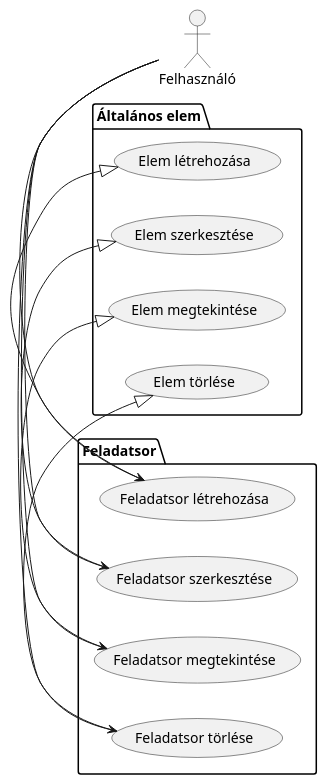
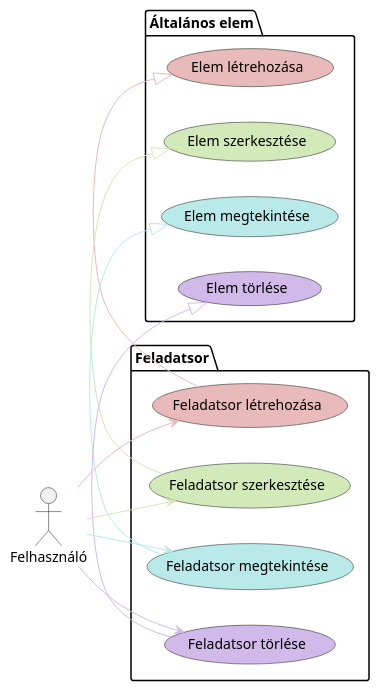
Before and after one commit to LaciProg/Szakdolgozat: the diagram in DiplomatervSablon_LaTeX_v1/figures/plantuml/usecase/exam.puml, drawn with PlantUML. The commit also changed 32 other files, not shown here.

```diff
--- a/DiplomatervSablon_LaTeX_v1/figures/plantuml/usecase/exam.puml
+++ b/DiplomatervSablon_LaTeX_v1/figures/plantuml/usecase/exam.puml
@@ -1,31 +1,31 @@
 @startuml Exam Diagram
 
 left to right direction
 
 actor Felhasználó
 
 package "Általános elem" {
-    usecase "Elem létrehozása" as CreateElement
-    usecase "Elem szerkesztése" as EditElement
-    usecase "Elem megtekintése" as ViewElement
-    usecase "Elem törlése" as DeleteElement
+    usecase "Elem létrehozása" as CreateElement #E9BABA
+    usecase "Elem szerkesztése" as EditElement #D2E9BA
+    usecase "Elem megtekintése" as ViewElement #BAE9E9
+    usecase "Elem törlése" as DeleteElement #D1BAE9
 }
 
 package "Feladatsor" {
-    usecase "Feladatsor létrehozása" as CreateExam
-    usecase "Feladatsor szerkesztése" as EditExam
-    usecase "Feladatsor megtekintése" as ViewExam
-    usecase "Feladatsor törlése" as DeleteExam
+    usecase "Feladatsor létrehozása" as CreateExam #E9BABA
+    usecase "Feladatsor szerkesztése" as EditExam #D2E9BA
+    usecase "Feladatsor megtekintése" as ViewExam #BAE9E9
+    usecase "Feladatsor törlése" as DeleteExam #D1BAE9
 
-    CreateExam -|> CreateElement
-    EditExam -|> EditElement
-    ViewExam -|> ViewElement
-    DeleteExam -|> DeleteElement
+    CreateExam -[#E9BABA]|> CreateElement
+    EditExam -[#D2E9BA]|> EditElement
+    ViewExam -[#BAE9E9]|> ViewElement
+    DeleteExam -[#D1BAE9]|> DeleteElement
 }
 
-Felhasználó -> CreateExam
-Felhasználó -> EditExam
-Felhasználó -> ViewExam
-Felhasználó -> DeleteExam
+Felhasználó -[#E9BABA]-> CreateExam
+Felhasználó -[#D2E9BA]-> EditExam
+Felhasználó -[#BAE9E9]-> ViewExam
+Felhasználó -[#D1BAE9]-> DeleteExam
 
 @enduml
```
